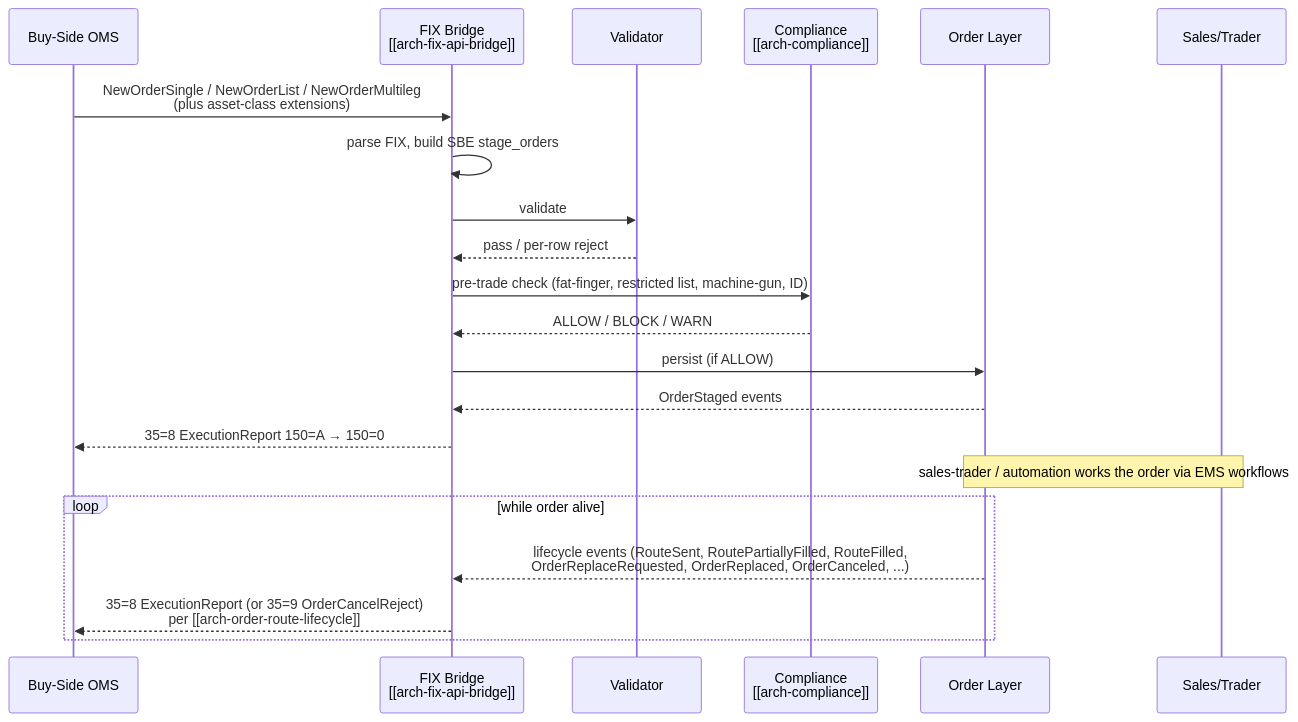
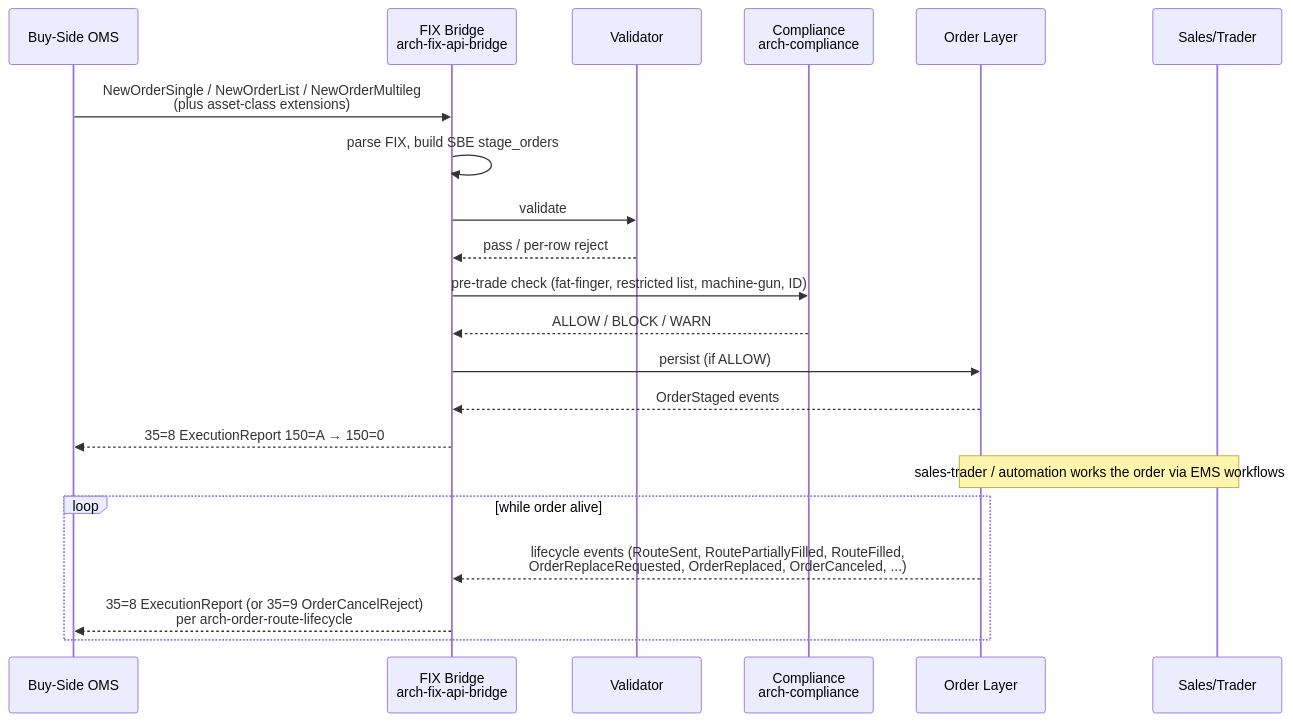
The diagram in 20_workflows/others/buy-side-oms-integration.md (yksi7417/cross_asset_ems), drawn with Mermaid before and after one commit. The commit also changed 39 other files, not shown here.

First line of the commit message:
fix: strip Obsidian wikilinks from Mermaid blocks (Quartz render bug)

````diff
--- a/20_workflows/others/buy-side-oms-integration.md
+++ b/20_workflows/others/buy-side-oms-integration.md
@@ -32,24 +32,24 @@
 ```mermaid
 sequenceDiagram
   participant OMS as Buy-Side OMS
-  participant FIX as FIX Bridge<br/>[[arch-fix-api-bridge]]
+  participant FIX as FIX Bridge<br/>arch-fix-api-bridge
   participant V as Validator
-  participant CMP as Compliance<br/>[[arch-compliance]]
+  participant CMP as Compliance<br/>arch-compliance
   participant O as Order Layer
   participant ST as Sales/Trader
 
   OMS->>FIX: NewOrderSingle / NewOrderList / NewOrderMultileg<br/>(plus asset-class extensions)
   FIX->>FIX: parse FIX, build SBE stage_orders
   FIX->>V: validate
   V-->>FIX: pass / per-row reject
   FIX->>CMP: pre-trade check (fat-finger, restricted list, machine-gun, ID)
   CMP-->>FIX: ALLOW / BLOCK / WARN
   FIX->>O: persist (if ALLOW)
   O-->>FIX: OrderStaged events
   FIX-->>OMS: 35=8 ExecutionReport 150=A → 150=0
   Note over O,ST: sales-trader / automation works the order via EMS workflows
   loop while order alive
     O-->>FIX: lifecycle events (RouteSent, RoutePartiallyFilled, RouteFilled,<br/>OrderReplaceRequested, OrderReplaced, OrderCanceled, ...)
-    FIX-->>OMS: 35=8 ExecutionReport (or 35=9 OrderCancelReject)<br/>per [[arch-order-route-lifecycle]]
+    FIX-->>OMS: 35=8 ExecutionReport (or 35=9 OrderCancelReject)<br/>per arch-order-route-lifecycle
   end
 ```
````
